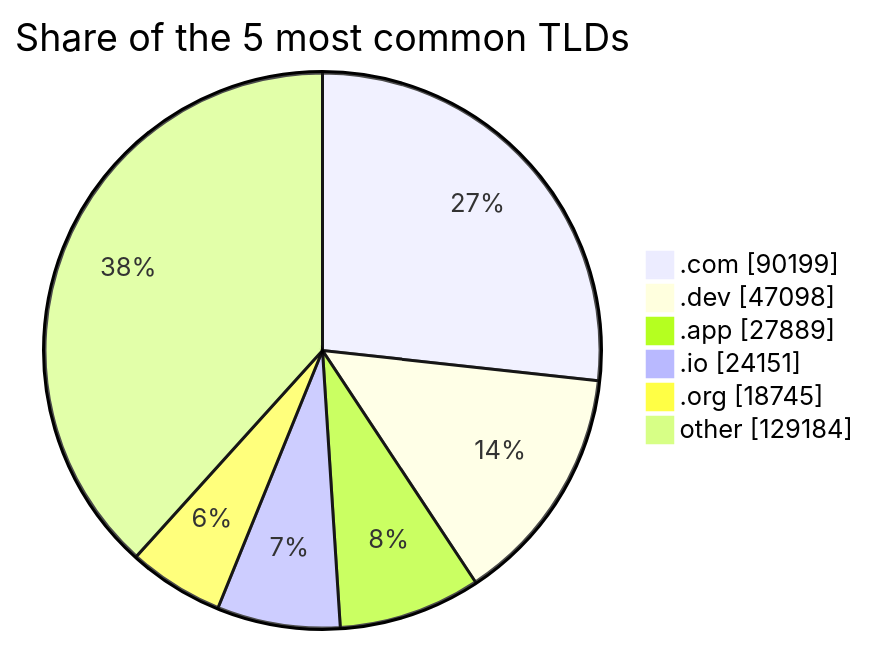
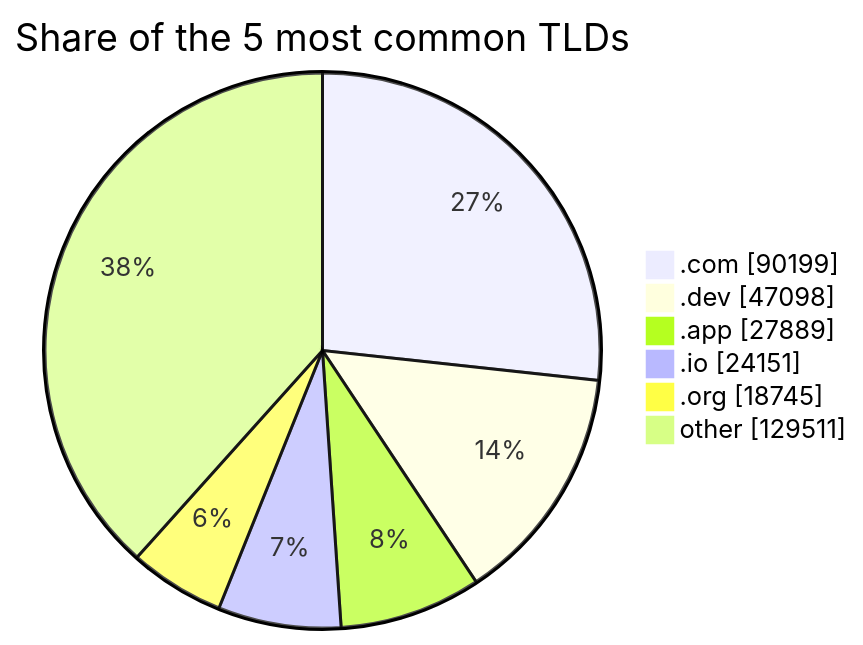
One commit to DNSBunker/CTI changed the third of 3 diagrams in README.md. Above: the diagram before and after it, drawn with Mermaid. The commit also changed other lines of this file and 3 other files, not shown here.

````diff
--- a/README.md
+++ b/README.md
@@ -81,9 +81,9 @@
 ```mermaid
 pie showData title Share of the 5 most common TLDs
     ".com" : 90199
     ".dev" : 47098
     ".app" : 27889
     ".io" : 24151
     ".org" : 18745
-    "other" : 129184
+    "other" : 129511
 ```
````
